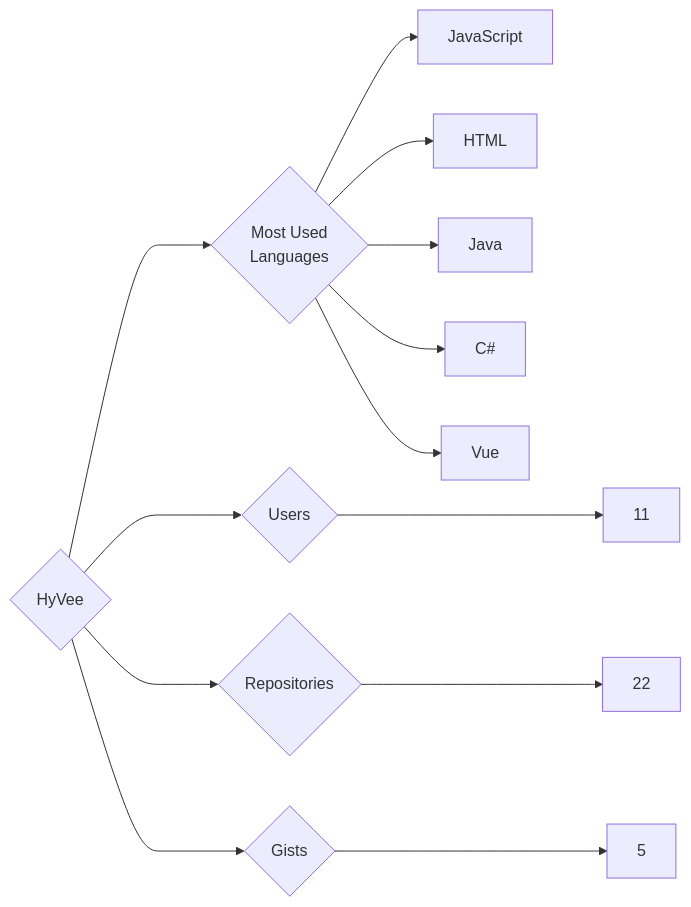
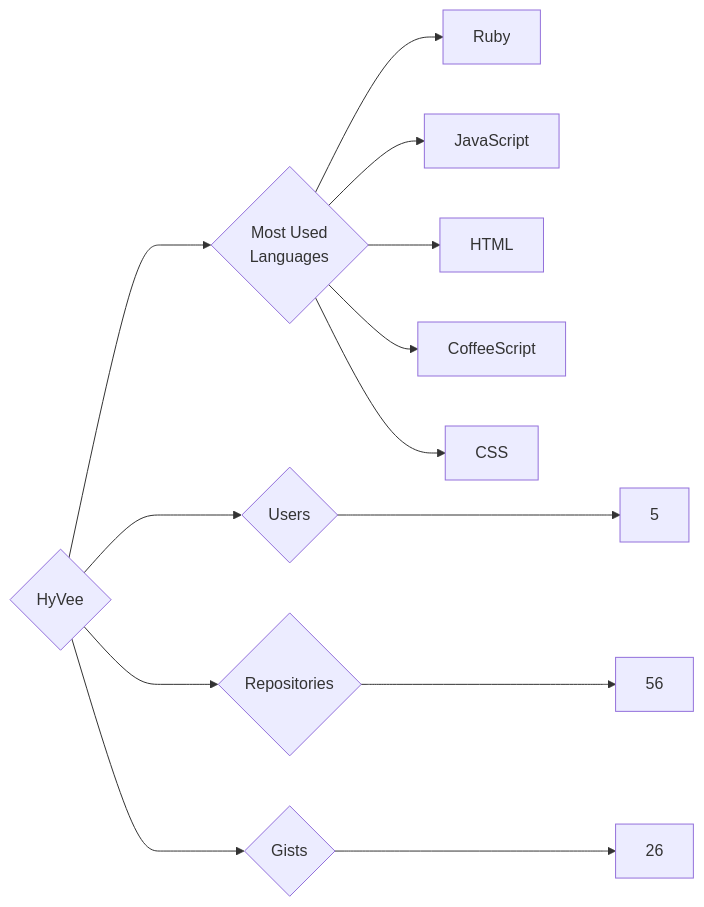
The diagram in targets/HyVee/README.md (trickest/insiders), drawn with Mermaid before and after one commit. The commit also changed 752 other files, not shown here.

````diff
--- a/targets/HyVee/README.md
+++ b/targets/HyVee/README.md
@@ -3,13 +3,13 @@
 ```mermaid
 graph LR
 COMPANY_NAME{HyVee}
-COMPANY_NAME ---> U{Users} ---> UN[11]
-COMPANY_NAME ---> R{Repositories} ---> RN[22]
-COMPANY_NAME ---> G{Gists} ---> GN[5]
+COMPANY_NAME ---> U{Users} ---> UN[5]
+COMPANY_NAME ---> R{Repositories} ---> RN[56]
+COMPANY_NAME ---> G{Gists} ---> GN[26]
 COMPANY_NAME ---> ML{Most Used<br>Languages}
+ML --> Ruby[Ruby]
 ML --> JavaScript[JavaScript]
 ML --> HTML[HTML]
-ML --> Java[Java]
-ML --> C#[C#]
-ML --> Vue[Vue]
+ML --> CoffeeScript[CoffeeScript]
+ML --> CSS[CSS]
 ```
````
